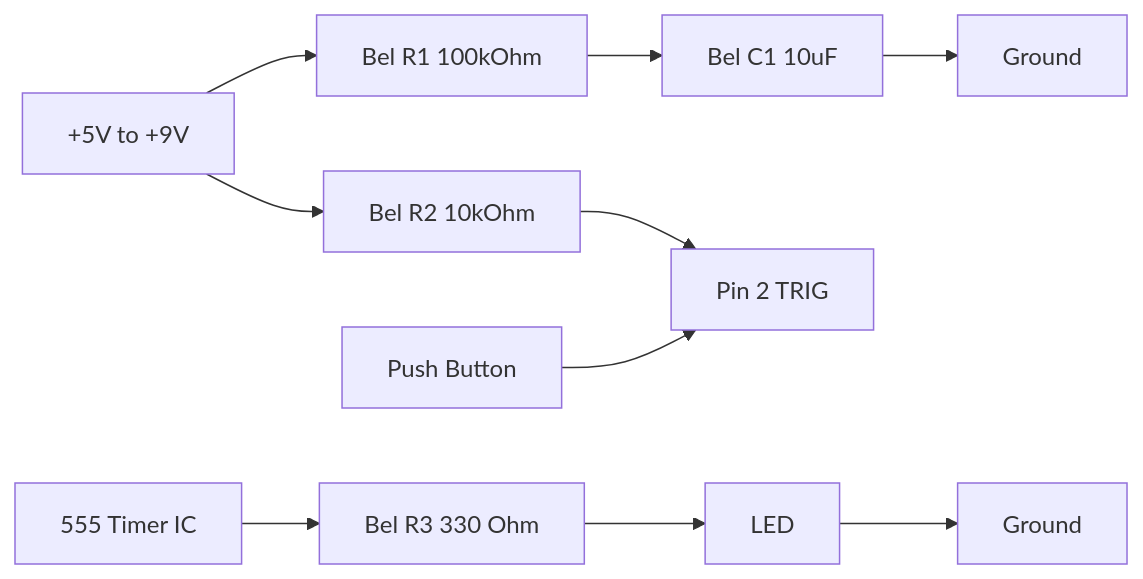
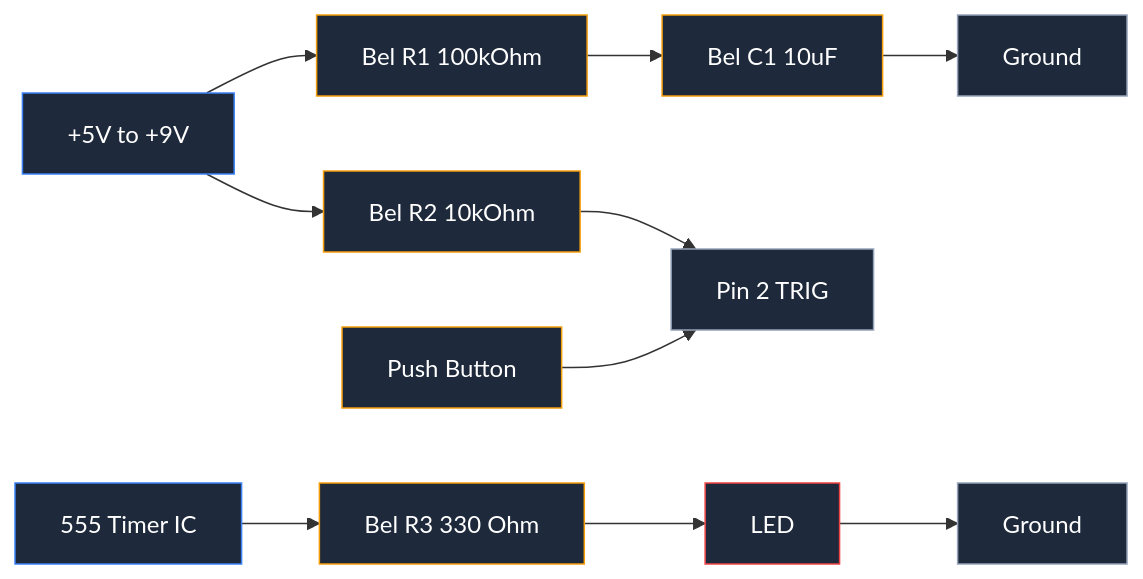
Before and after one commit to fakhir00/circuit-diagram-maker: the fifth of 8 diagrams in src/content/blog/en/555-timer-circuit.md, drawn with Mermaid. The commit also changed other lines of this file, not shown here.

````diff
--- a/src/content/blog/en/555-timer-circuit.md
+++ b/src/content/blog/en/555-timer-circuit.md
@@ -206,12 +241,24 @@
 ```mermaid
 flowchart LR
     VCC[+5V to +9V] --> R1[Bel R1 100kOhm]
     R1 --> C1[Bel C1 10uF]
     C1 --> GND1[Ground]
     VCC --> R2[Bel R2 10kOhm]
     R2 --> TR["Pin 2 TRIG"]
     SW[Push Button] --> TR
     IC[555 Timer IC] --> R3[Bel R3 330 Ohm]
     R3 --> LED[LED]
     LED --> GND2[Ground]
+    
+    style VCC fill:#1e293b,stroke:#3b82f6,color:#fff
+    style R1 fill:#1e293b,stroke:#f59e0b,color:#fff
+    style C1 fill:#1e293b,stroke:#f59e0b,color:#fff
+    style GND1 fill:#1e293b,stroke:#94a3b8,color:#fff
+    style R2 fill:#1e293b,stroke:#f59e0b,color:#fff
+    style TR fill:#1e293b,stroke:#94a3b8,color:#fff
+    style SW fill:#1e293b,stroke:#f59e0b,color:#fff
+    style IC fill:#1e293b,stroke:#3b82f6,color:#fff
+    style R3 fill:#1e293b,stroke:#f59e0b,color:#fff
+    style LED fill:#1e293b,stroke:#ef4444,color:#fff
+    style GND2 fill:#1e293b,stroke:#94a3b8,color:#fff
 ```
````
